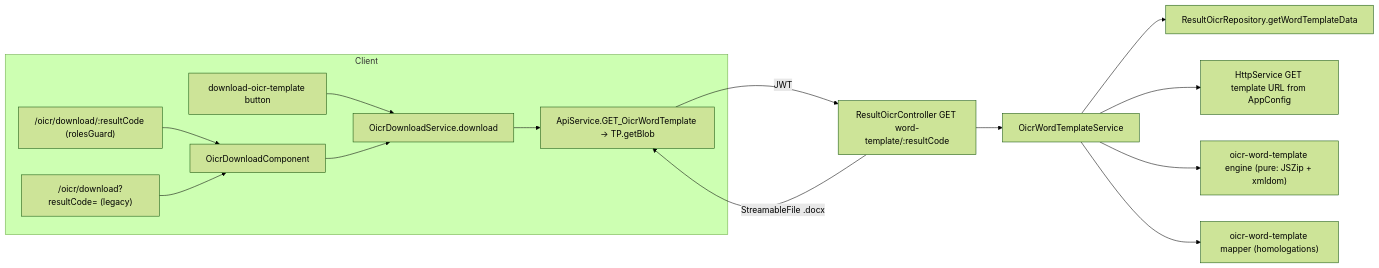
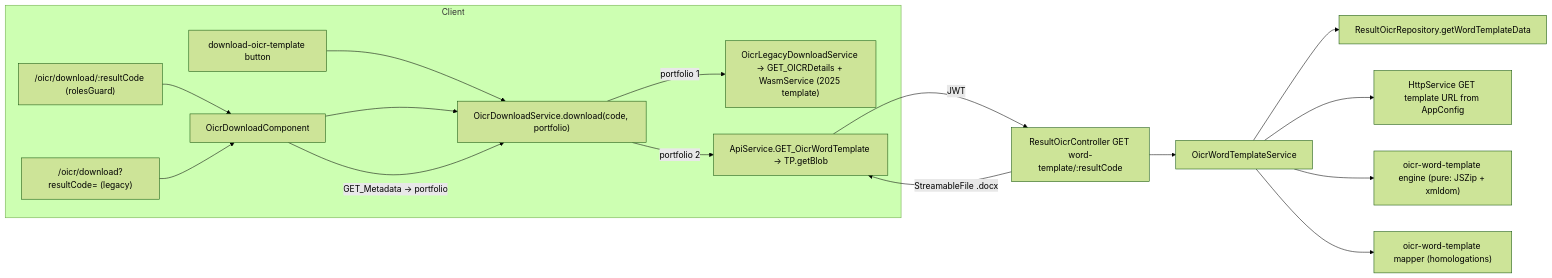
Before and after one commit to AllianceBioversityCIAT/alliance-research-indicators-main: the diagram in docs/specs/results/oicr-word-template-2026/design.md, drawn with Mermaid (forest theme). The commit also changed other lines of this file and 2 other files, not shown here.

Commit message:
[SPEC:results/oicr-word-template-2026] docs(oicr-word-template): validation R-3 wording fixes and T-11 remediation task

````diff
--- a/docs/specs/results/oicr-word-template-2026/design.md
+++ b/docs/specs/results/oicr-word-template-2026/design.md
@@ -57,16 +57,18 @@
 ```mermaid
 flowchart LR
   subgraph Client
-    B[download-oicr-template button] --> S[OicrDownloadService.download]
+    B[download-oicr-template button] --> S["OicrDownloadService.download(code, portfolio)"]
     R["/oicr/download/:resultCode (rolesGuard)"] --> P[OicrDownloadComponent] --> S
     L["/oicr/download?resultCode= (legacy)"] --> P
-    S --> A[ApiService.GET_OicrWordTemplate → TP.getBlob]
+    P -->|GET_Metadata → portfolio| S
+    S -->|portfolio 1| LG["OicrLegacyDownloadService → GET_OICRDetails + WasmService (2025 template)"]
+    S -->|portfolio 2| A[ApiService.GET_OicrWordTemplate → TP.getBlob]
   end
   A -->|JWT| C[ResultOicrController GET word-template/:resultCode]
   C --> W[OicrWordTemplateService]
   W --> Q[ResultOicrRepository.getWordTemplateData]
   W --> F[HttpService GET template URL from AppConfig]
   W --> E["oicr-word-template engine (pure: JSZip + xmldom)"]
   W --> M["oicr-word-template mapper (homologations)"]
   C -->|StreamableFile .docx| A
 ```
````
